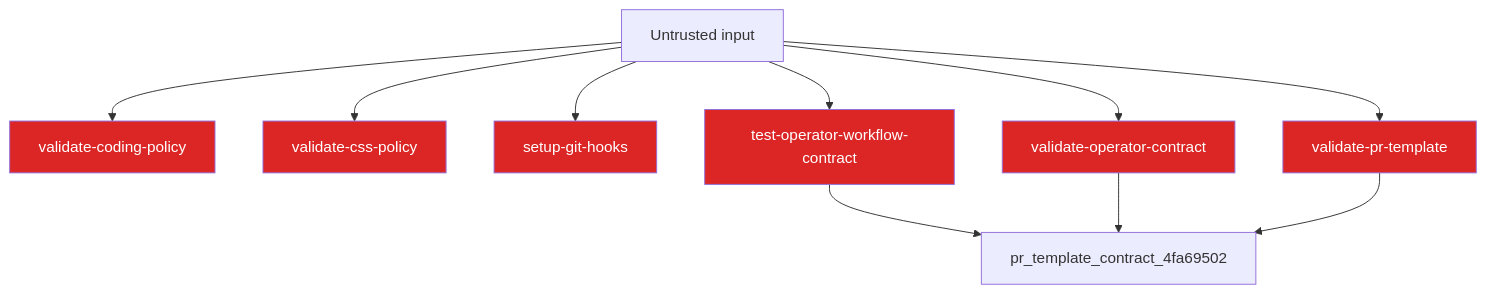
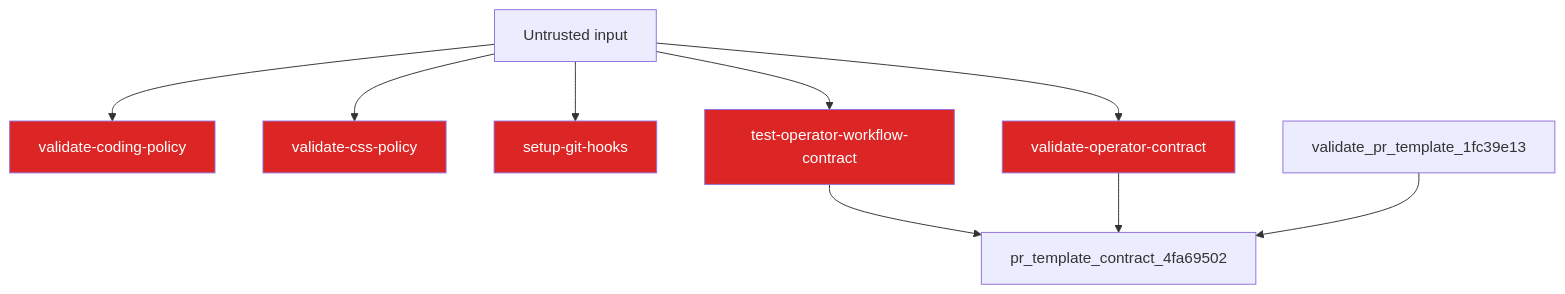
Before and after one commit to jscraik/websites: diagram 12 of 14 in AI/context/diagram-context.md, drawn with Mermaid. The commit also changed other lines of this file and 2 other files, not shown here.

Commit message:
chore(diagram): refresh generated architecture artifacts
Why: the repository pre-push hook requires diagram projections to match the current source graph.\nWhat: record the hook-generated manifest timestamp and security/context projection.\nBehavior Proof: the pre-push validation will re-check freshness before publishing the branch.\n\nCo-authored-by: Codex <noreply@openai.com>

````diff
--- a/AI/context/diagram-context.md
+++ b/AI/context/diagram-context.md
@@ -466,22 +466,20 @@
 ```mermaid
 flowchart TD
   Untrusted["Untrusted input"]
   validate_coding_policy_29976175["validate-coding-policy"]
   Untrusted --> validate_coding_policy_29976175
   validate_css_policy_1c5ec854["validate-css-policy"]
   Untrusted --> validate_css_policy_1c5ec854
   setup_git_hooks_70750d40["setup-git-hooks"]
   Untrusted --> setup_git_hooks_70750d40
   test_operator_workflow_contract_b4a152d7["test-operator-workflow-contract"]
   Untrusted --> test_operator_workflow_contract_b4a152d7
   validate_operator_contract_f777ed78["validate-operator-contract"]
   Untrusted --> validate_operator_contract_f777ed78
-  validate_pr_template_1fc39e13["validate-pr-template"]
-  Untrusted --> validate_pr_template_1fc39e13
   test_operator_workflow_contract_b4a152d7 --> pr_template_contract_4fa69502
   validate_operator_contract_f777ed78 --> pr_template_contract_4fa69502
   validate_pr_template_1fc39e13 --> pr_template_contract_4fa69502
   classDef securityNode fill:#dc2626,color:#fff
-  class validate_coding_policy_29976175,validate_css_policy_1c5ec854,setup_git_hooks_70750d40,test_operator_workflow_contract_b4a152d7,validate_operator_contract_f777ed78,validate_pr_template_1fc39e13 securityNode
+  class validate_coding_policy_29976175,validate_css_policy_1c5ec854,setup_git_hooks_70750d40,test_operator_workflow_contract_b4a152d7,validate_operator_contract_f777ed78 securityNode
 
 ```
````
